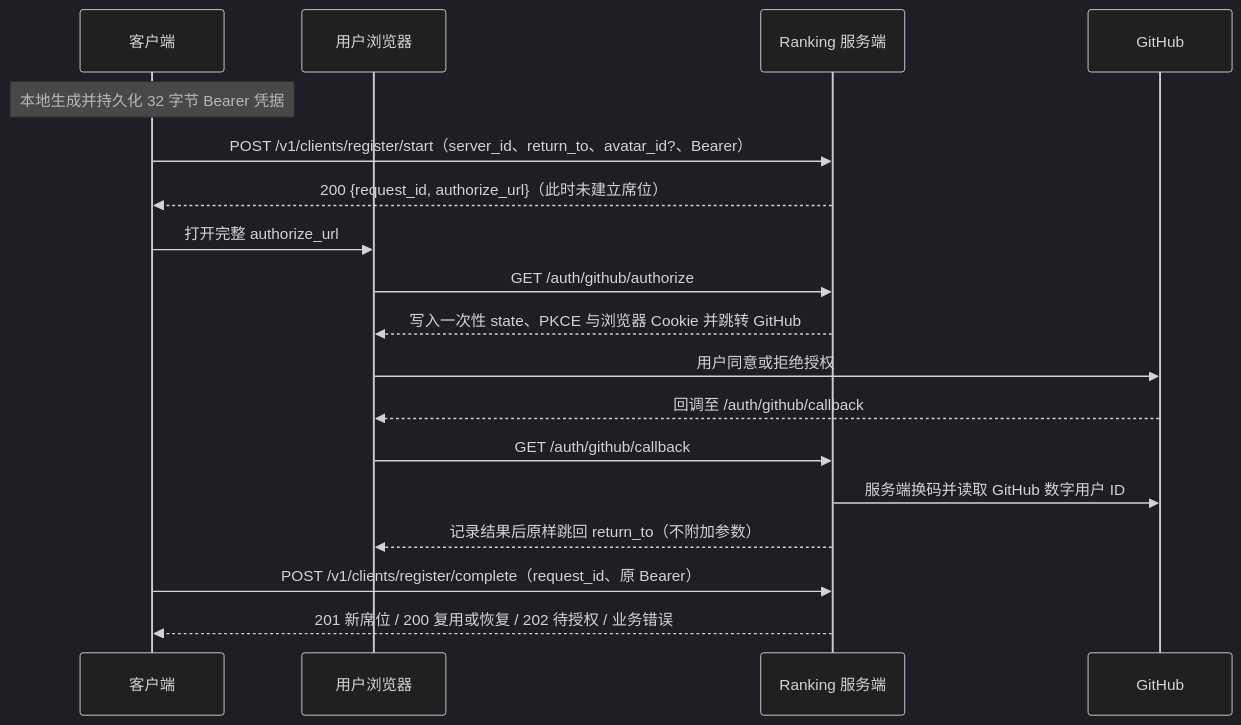
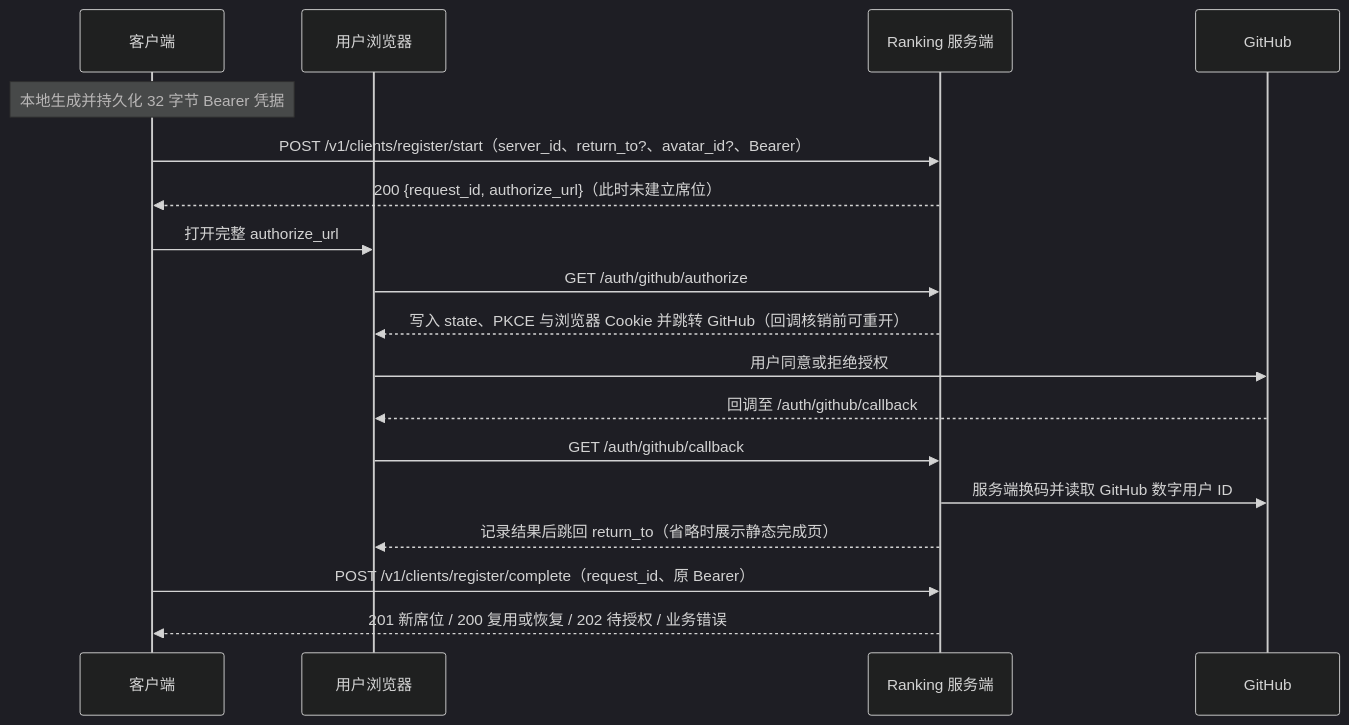
Before and after one commit to router-for-me/cpa-usage-ranking: the first of 2 diagrams in docs/integration.zh.md, drawn with Mermaid (dark theme). The commit also changed other lines of this file and 11 other files, not shown here.

````diff
--- a/docs/integration.zh.md
+++ b/docs/integration.zh.md
@@ -45,20 +45,20 @@
 ```mermaid
 sequenceDiagram
     participant C as 客户端
     participant B as 用户浏览器
     participant R as Ranking 服务端
     participant G as GitHub
     Note over C: 本地生成并持久化 32 字节 Bearer 凭据
-    C->>R: POST /v1/clients/register/start（server_id、return_to、avatar_id?、Bearer）
+    C->>R: POST /v1/clients/register/start（server_id、return_to?、avatar_id?、Bearer）
     R-->>C: 200 {request_id, authorize_url}（此时未建立席位）
     C->>B: 打开完整 authorize_url
     B->>R: GET /auth/github/authorize
-    R-->>B: 写入一次性 state、PKCE 与浏览器 Cookie 并跳转 GitHub
+    R-->>B: 写入 state、PKCE 与浏览器 Cookie 并跳转 GitHub（回调核销前可重开）
     B->>G: 用户同意或拒绝授权
     G-->>B: 回调至 /auth/github/callback
     B->>R: GET /auth/github/callback
     R->>G: 服务端换码并读取 GitHub 数字用户 ID
-    R-->>B: 记录结果后原样跳回 return_to（不附加参数）
+    R-->>B: 记录结果后跳回 return_to（省略时展示静态完成页）
     C->>R: POST /v1/clients/register/complete（request_id、原 Bearer）
     R-->>C: 201 新席位 / 200 复用或恢复 / 202 待授权 / 业务错误
 ```
````
